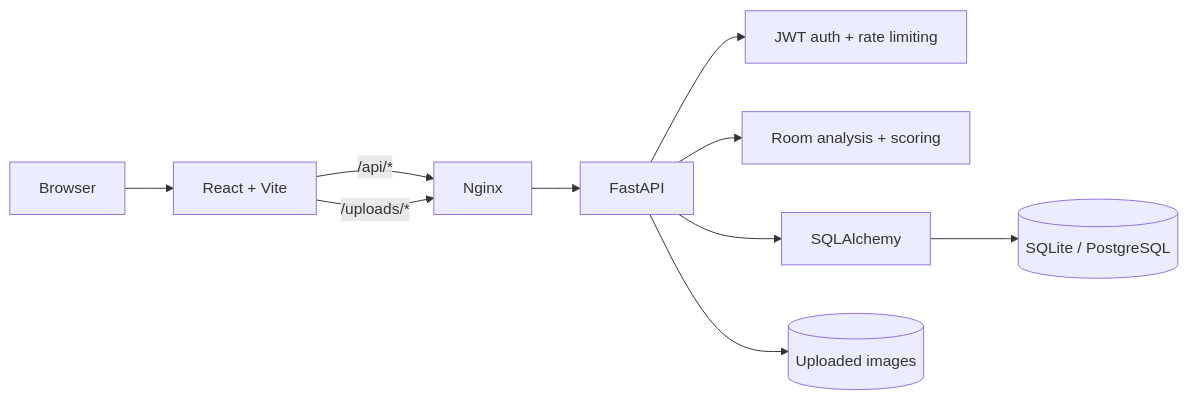
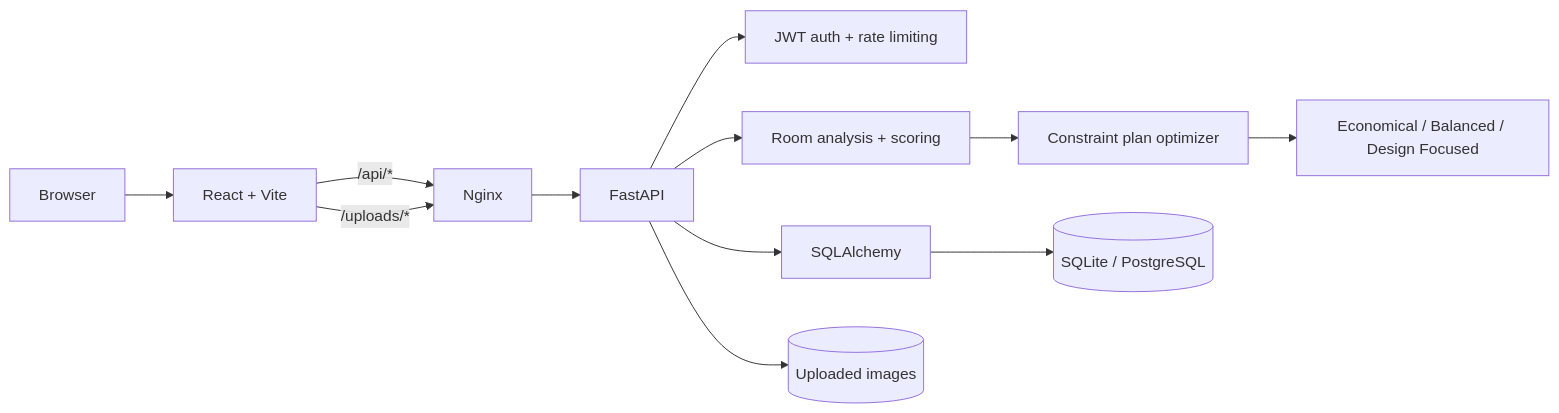
One commit to calebponce/Home-4-U changed the diagram in README.md. Above: the diagram before and after it, drawn with Mermaid. The commit also changed other lines of this file and 12 other files, not shown here.

Commit message:
Add constraint-based room plan optimizer

````diff
--- a/README.md
+++ b/README.md
@@ -50,12 +57,14 @@
 ```mermaid
 flowchart LR
     User[Browser] --> UI[React + Vite]
     UI -->|/api/*| Proxy[Nginx]
     UI -->|/uploads/*| Proxy
     Proxy --> API[FastAPI]
     API --> Auth[JWT auth + rate limiting]
     API --> Analysis[Room analysis + scoring]
+    Analysis --> Optimizer[Constraint plan optimizer]
+    Optimizer --> Strategies[Economical / Balanced / Design Focused]
     API --> Data[SQLAlchemy]
     Data --> DB[(SQLite / PostgreSQL)]
     API --> Files[(Uploaded images)]
 ```
````
